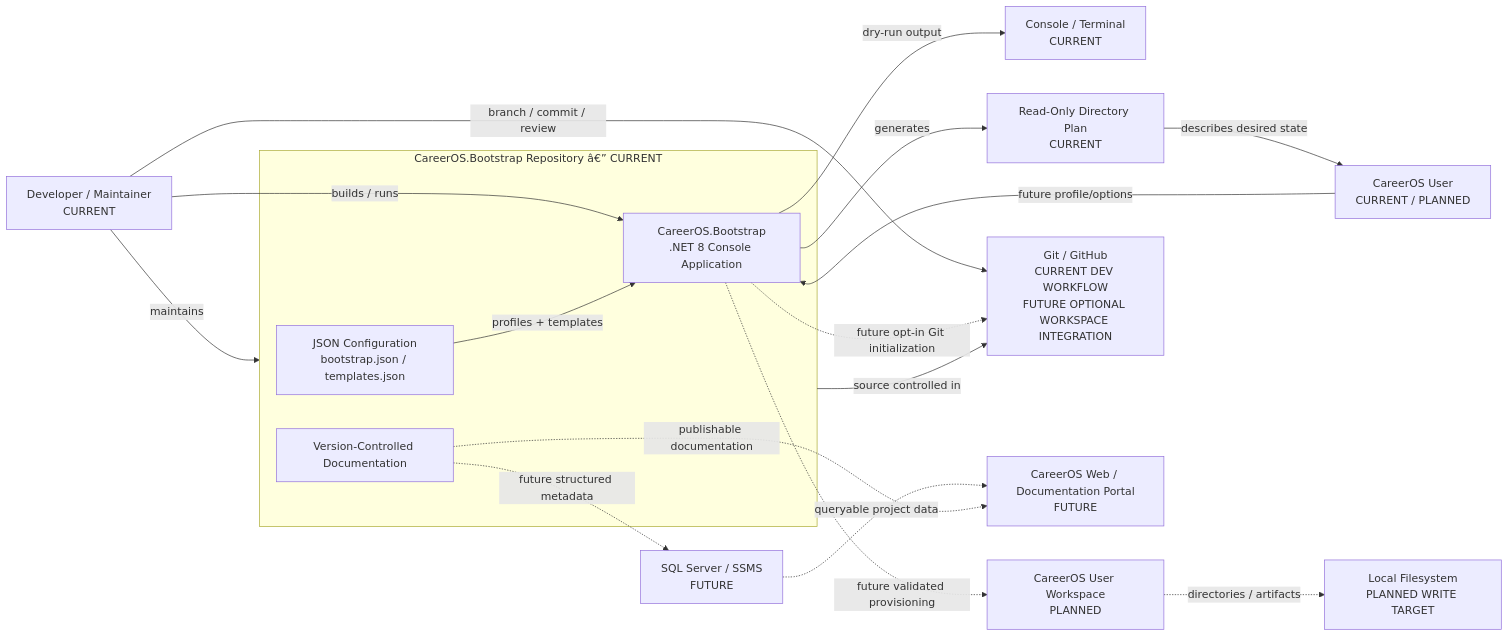
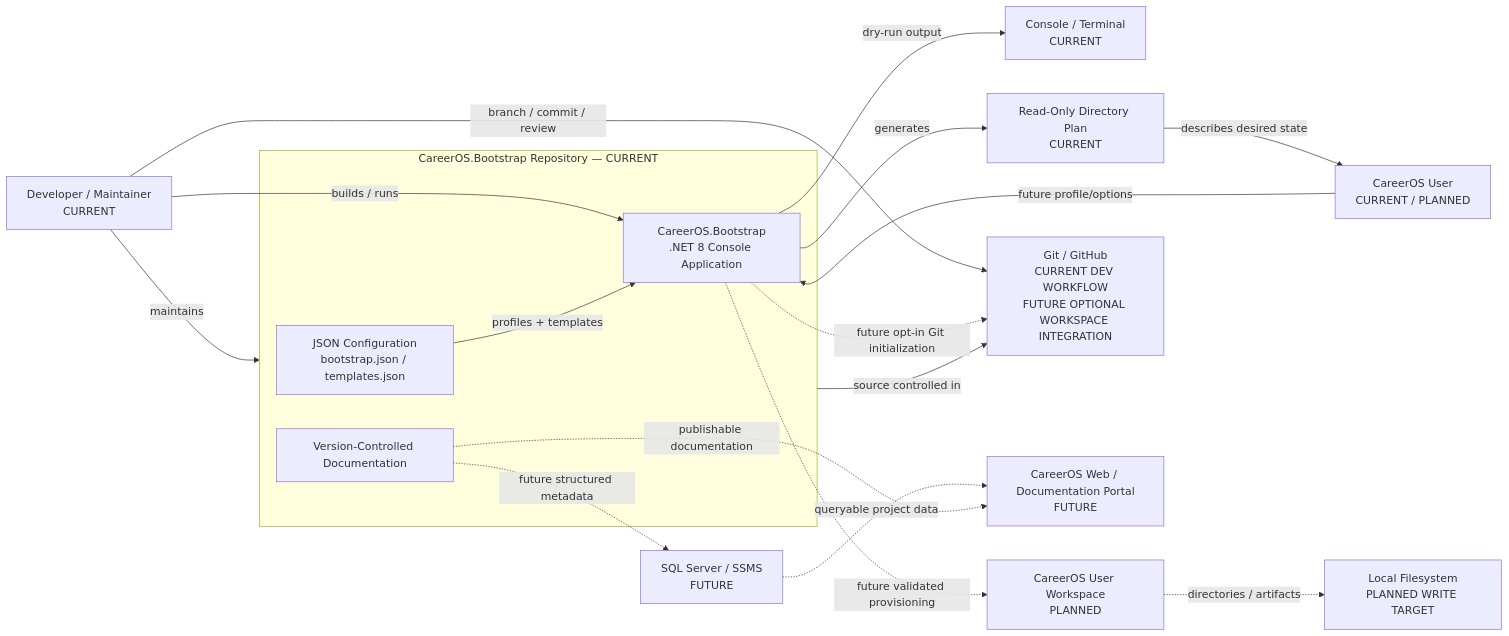
One commit to ChrisLThompson/CareerOS.Bootstrap changed the diagram in Documentation/Diagrams/SYSTEM_CONTEXT.md. Above: the diagram before and after it, drawn with Mermaid. The commit also changed other lines of this file and 12 other files, not shown here.

Commit message:
fix(docs): normalize markdown encoding and diagram fences

````diff
--- a/Documentation/Diagrams/SYSTEM_CONTEXT.md
+++ b/Documentation/Diagrams/SYSTEM_CONTEXT.md
@@ -20,38 +20,38 @@
-``` mermaid
+```mermaid
 flowchart LR
     Dev["Developer / Maintainer<br/>CURRENT"]
     User["CareerOS User<br/>CURRENT / PLANNED"]
 
-    subgraph Repo["CareerOS.Bootstrap Repository â€” CURRENT"]
+    subgraph Repo["CareerOS.Bootstrap Repository — CURRENT"]
         App["CareerOS.Bootstrap<br/>.NET 8 Console Application"]
         Config["JSON Configuration<br/>bootstrap.json / templates.json"]
         Docs["Version-Controlled Documentation"]
     end
 
     Console["Console / Terminal<br/>CURRENT"]
     Plan["Read-Only Directory Plan<br/>CURRENT"]
     Workspace["CareerOS User Workspace<br/>PLANNED"]
     FS["Local Filesystem<br/>PLANNED WRITE TARGET"]
     Git["Git / GitHub<br/>CURRENT DEV WORKFLOW<br/>FUTURE OPTIONAL WORKSPACE INTEGRATION"]
     SQL["SQL Server / SSMS<br/>FUTURE"]
     Web["CareerOS Web / Documentation Portal<br/>FUTURE"]
 
     Dev -->|"maintains"| Repo
     Dev -->|"builds / runs"| App
     User -->|"future profile/options"| App
     Config -->|"profiles + templates"| App
     App -->|"dry-run output"| Console
     App -->|"generates"| Plan
     Plan -->|"describes desired state"| User
 
     App -.->|"future validated provisioning"| Workspace
     Workspace -.->|"directories / artifacts"| FS
 
     Dev -->|"branch / commit / review"| Git
     Repo -->|"source controlled in"| Git
     App -.->|"future opt-in Git initialization"| Git
 
     Docs -.->|"future structured metadata"| SQL
     SQL -.->|"queryable project data"| Web
     Docs -.->|"publishable documentation"| Web
 ```
````
